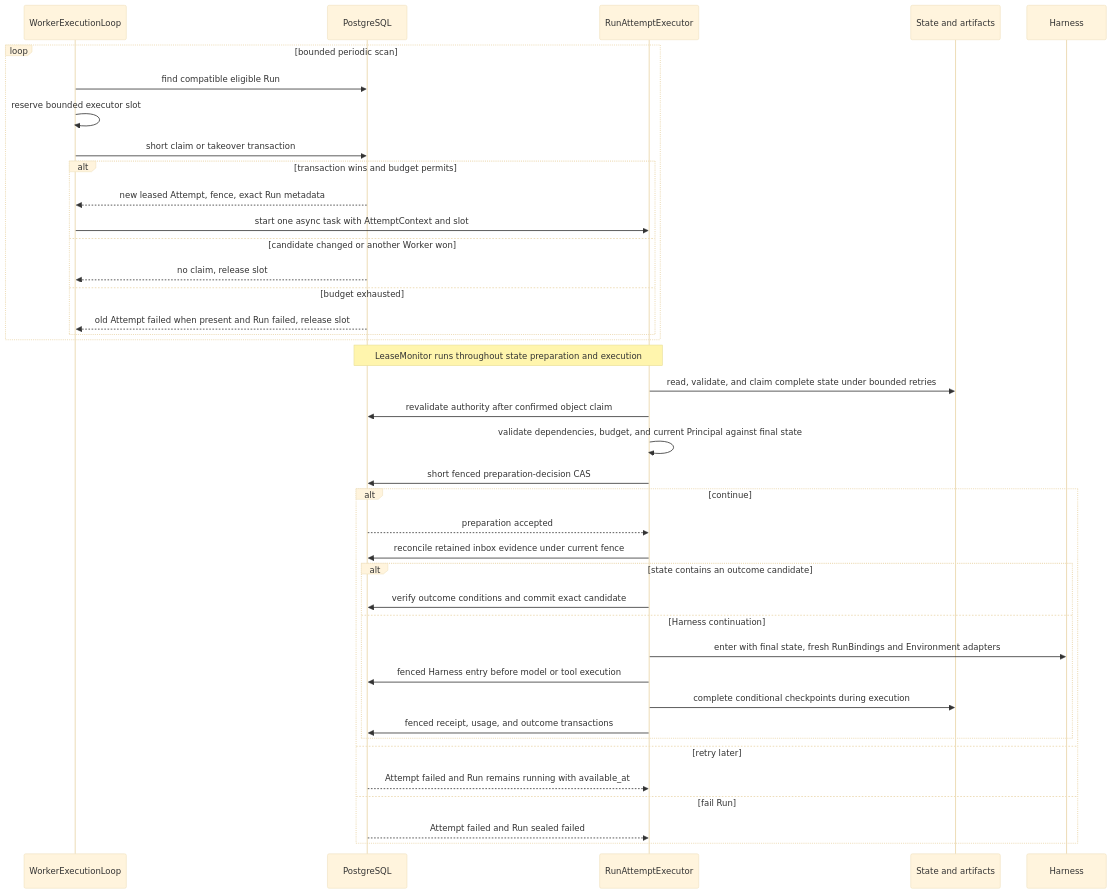
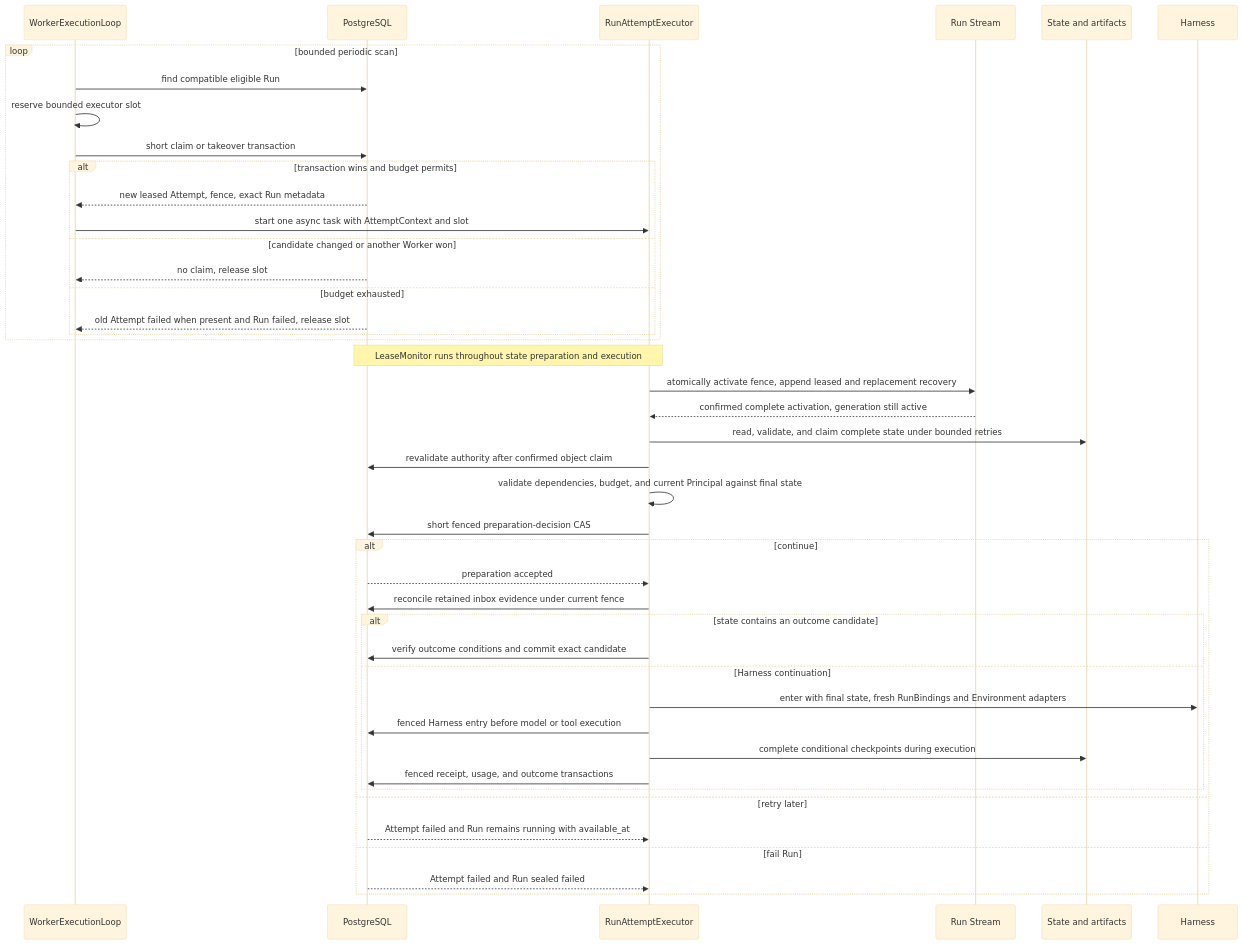
One commit to converge-ai-labs/agent-foundation changed the second of 4 diagrams in spec/a13n-service/13-run-attempt-scheduling-and-recovery.md. Above: the diagram before and after it, drawn with Mermaid (base theme). The commit also changed other lines of this file and 8 other files, not shown here.

Commit message:
Define fenced Run Stream activation and recovery events

````diff
--- a/spec/a13n-service/13-run-attempt-scheduling-and-recovery.md
+++ b/spec/a13n-service/13-run-attempt-scheduling-and-recovery.md
@@ -192,43 +194,46 @@
 ```mermaid
 sequenceDiagram
     participant Claimant as WorkerExecutionLoop
     participant DB as PostgreSQL
     participant Executor as RunAttemptExecutor
+    participant Redis as Run Stream
     participant Objects as State and artifacts
     participant Harness
 
     loop bounded periodic scan
         Claimant->>DB: find compatible eligible Run
         Claimant->>Claimant: reserve bounded executor slot
         Claimant->>DB: short claim or takeover transaction
         alt transaction wins and budget permits
             DB-->>Claimant: new leased Attempt, fence, exact Run metadata
             Claimant->>Executor: start one async task with AttemptContext and slot
         else candidate changed or another Worker won
             DB-->>Claimant: no claim, release slot
         else budget exhausted
             DB-->>Claimant: old Attempt failed when present and Run failed, release slot
         end
     end
     Note over Executor,DB: LeaseMonitor runs throughout state preparation and execution
+    Executor->>Redis: atomically activate fence, append leased and replacement recovery
+    Redis-->>Executor: confirmed complete activation, generation still active
     Executor->>Objects: read, validate, and claim complete state under bounded retries
     Executor->>DB: revalidate authority after confirmed object claim
     Executor->>Executor: validate dependencies, budget, and current Principal against final state
     Executor->>DB: short fenced preparation-decision CAS
     alt continue
         DB-->>Executor: preparation accepted
         Executor->>DB: reconcile retained inbox evidence under current fence
         alt state contains an outcome candidate
             Executor->>DB: verify outcome conditions and commit exact candidate
         else Harness continuation
             Executor->>Harness: enter with final state, fresh RunBindings and Environment adapters
             Executor->>DB: fenced Harness entry before model or tool execution
             Executor->>Objects: complete conditional checkpoints during execution
             Executor->>DB: fenced receipt, usage, and outcome transactions
         end
     else retry later
         DB-->>Executor: Attempt failed and Run remains running with available_at
     else fail Run
         DB-->>Executor: Attempt failed and Run sealed failed
     end
 ```
````
